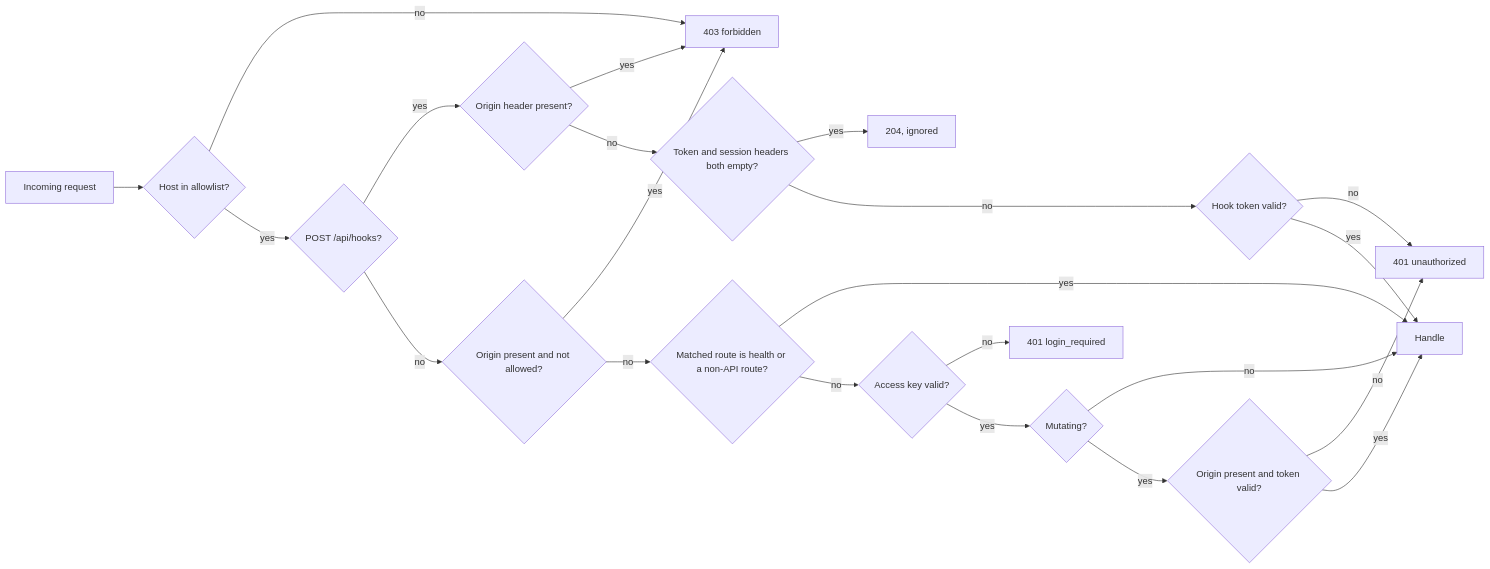
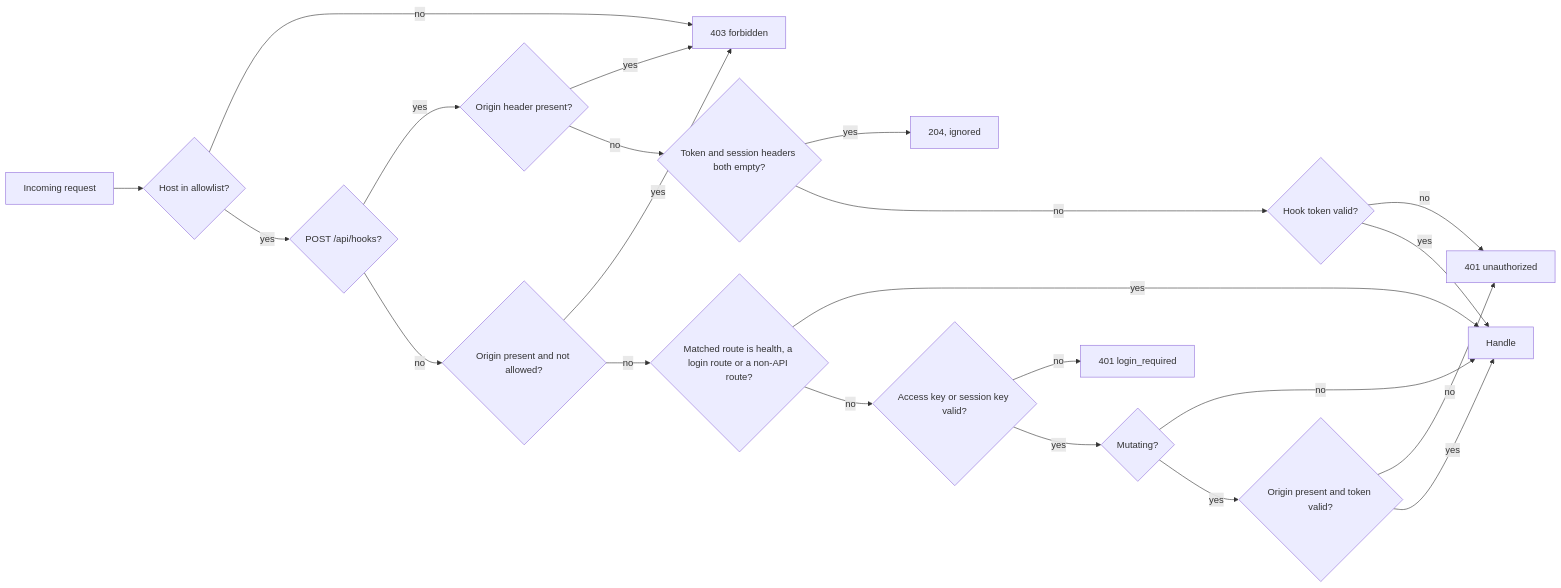
The fifth of 7 diagrams in docs/architecture.md (Dev-Sebi/Paneful-Manager), drawn with Mermaid before and after one commit. The commit also changed other lines of this file and 37 other files, not shown here.

Commit message:
fix: replaced the browser-stored access key with a non-extractable device key and one-time login codes so a page squatting the port cannot take a usable credential @2m

````diff
--- a/docs/architecture.md
+++ b/docs/architecture.md
@@ -266,24 +266,24 @@
 ```mermaid
 flowchart LR
   REQ[Incoming request] --> H{Host in allowlist?}
   H -- no --> X403[403 forbidden]
   H -- yes --> K{POST /api/hooks?}
   K -- yes --> HO{Origin header present?}
   HO -- yes --> X403
   HO -- no --> E{Token and session headers both empty?}
   E -- yes --> X204[204, ignored]
   E -- no --> HT{Hook token valid?}
   HT -- no --> X401
   HT -- yes --> OK
   K -- no --> O{Origin present and not allowed?}
   O -- yes --> X403
-  O -- no --> P{Matched route is health or a non-API route?}
+  O -- no --> P{Matched route is health, a login route or a non-API route?}
   P -- yes --> OK[Handle]
-  P -- no --> AK{Access key valid?}
+  P -- no --> AK{Access key or session key valid?}
   AK -- no --> X401L[401 login_required]
   AK -- yes --> M{Mutating?}
   M -- no --> OK
   M -- yes --> T{Origin present and token valid?}
   T -- no --> X401[401 unauthorized]
   T -- yes --> OK
 ```
````
